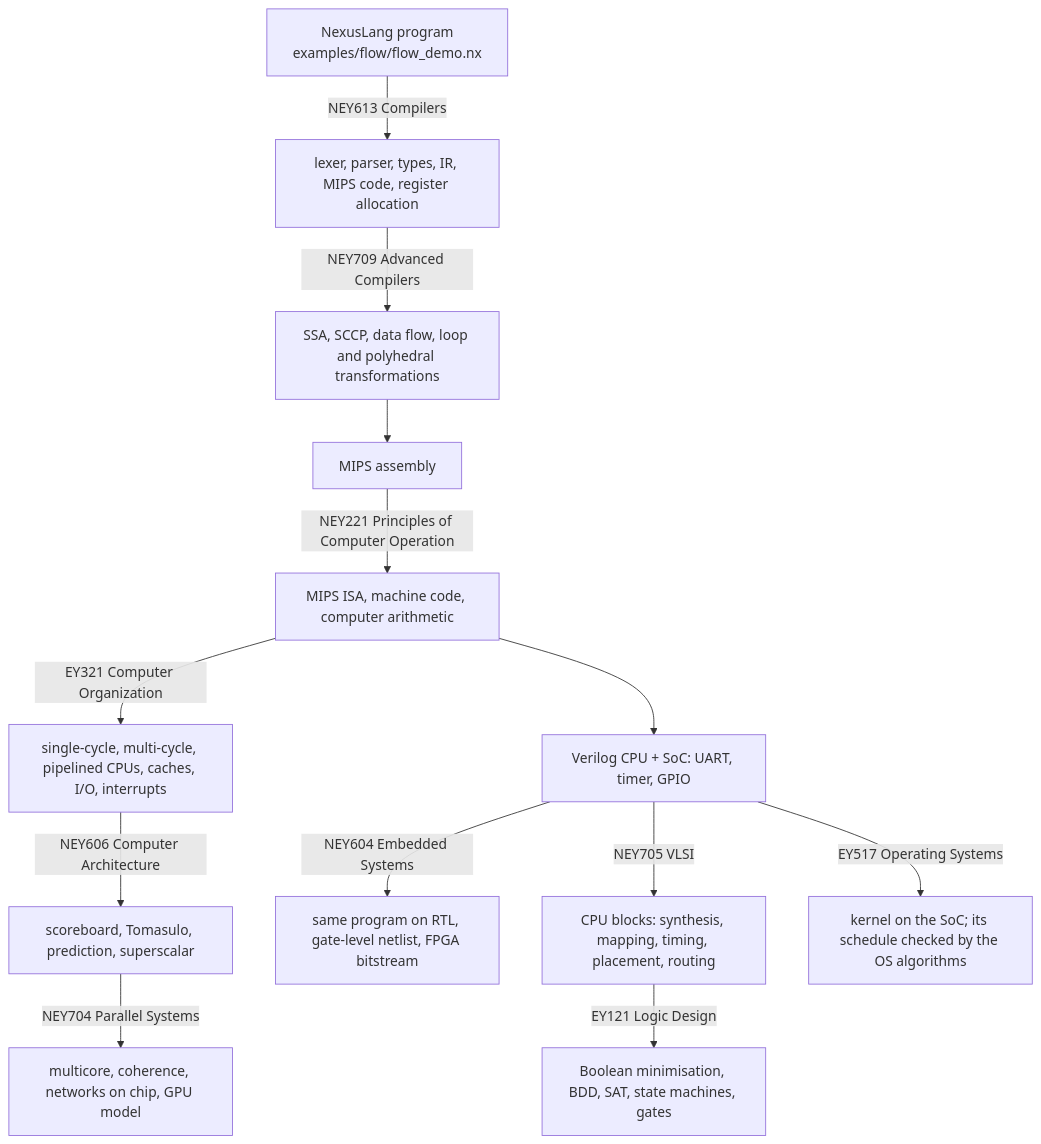
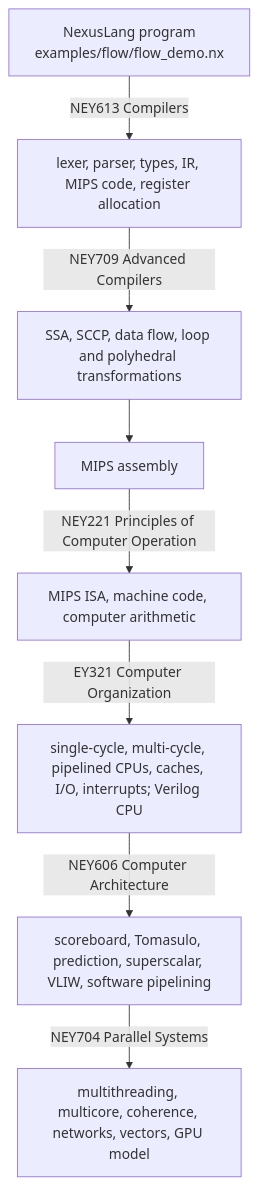
One commit to gdtsitlauri/nexus-platform changed the diagram in docs/FLOW.md. Above: the diagram before and after it, drawn with Mermaid. The commit also changed other lines of this file and 19 other files, not shown here.

````diff
--- a/docs/FLOW.md
+++ b/docs/FLOW.md
@@ -14,15 +13,10 @@
 ```mermaid
 flowchart TB
   A["NexusLang program<br/>examples/flow/flow_demo.nx"] -->|"NEY613 Compilers"| B["lexer, parser, types, IR, MIPS code, register allocation"]
   B -->|"NEY709 Advanced Compilers"| C["SSA, SCCP, data flow, loop and polyhedral transformations"]
   C --> D["MIPS assembly"]
   D -->|"NEY221 Principles of Computer Operation"| E["MIPS ISA, machine code, computer arithmetic"]
-  E -->|"EY321 Computer Organization"| F["single-cycle, multi-cycle, pipelined CPUs, caches, I/O, interrupts"]
-  F -->|"NEY606 Computer Architecture"| G["scoreboard, Tomasulo, prediction, superscalar"]
-  G -->|"NEY704 Parallel Systems"| H["multicore, coherence, networks on chip, GPU model"]
-  E --> I["Verilog CPU + SoC: UART, timer, GPIO"]
-  I -->|"NEY604 Embedded Systems"| J["same program on RTL, gate-level netlist, FPGA bitstream"]
-  I -->|"NEY705 VLSI"| K["CPU blocks: synthesis, mapping, timing, placement, routing"]
-  K -->|"EY121 Logic Design"| L["Boolean minimisation, BDD, SAT, state machines, gates"]
-  I -->|"EY517 Operating Systems"| M["kernel on the SoC; its schedule checked by the OS algorithms"]
+  E -->|"EY321 Computer Organization"| F["single-cycle, multi-cycle, pipelined CPUs, caches, I/O, interrupts; Verilog CPU"]
+  F -->|"NEY606 Computer Architecture"| G["scoreboard, Tomasulo, prediction, superscalar, VLIW, software pipelining"]
+  G -->|"NEY704 Parallel Systems"| H["multithreading, multicore, coherence, networks, vectors, GPU model"]
 ```
````
